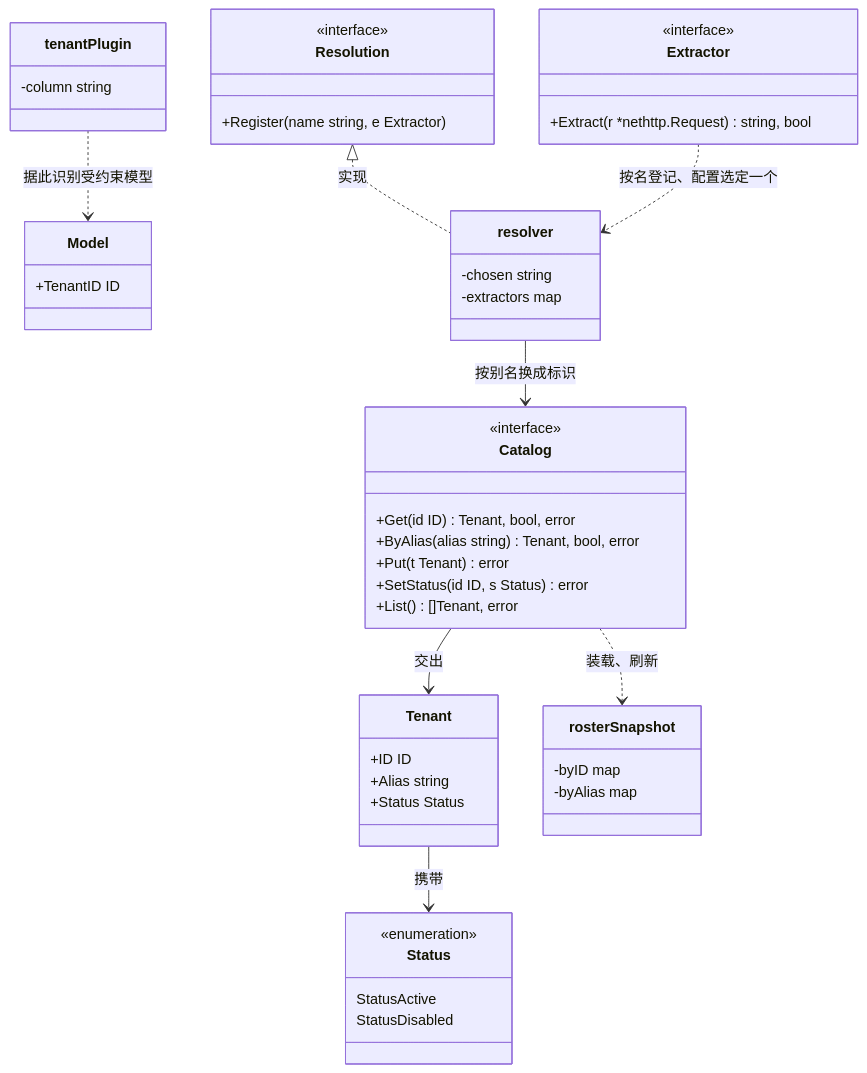
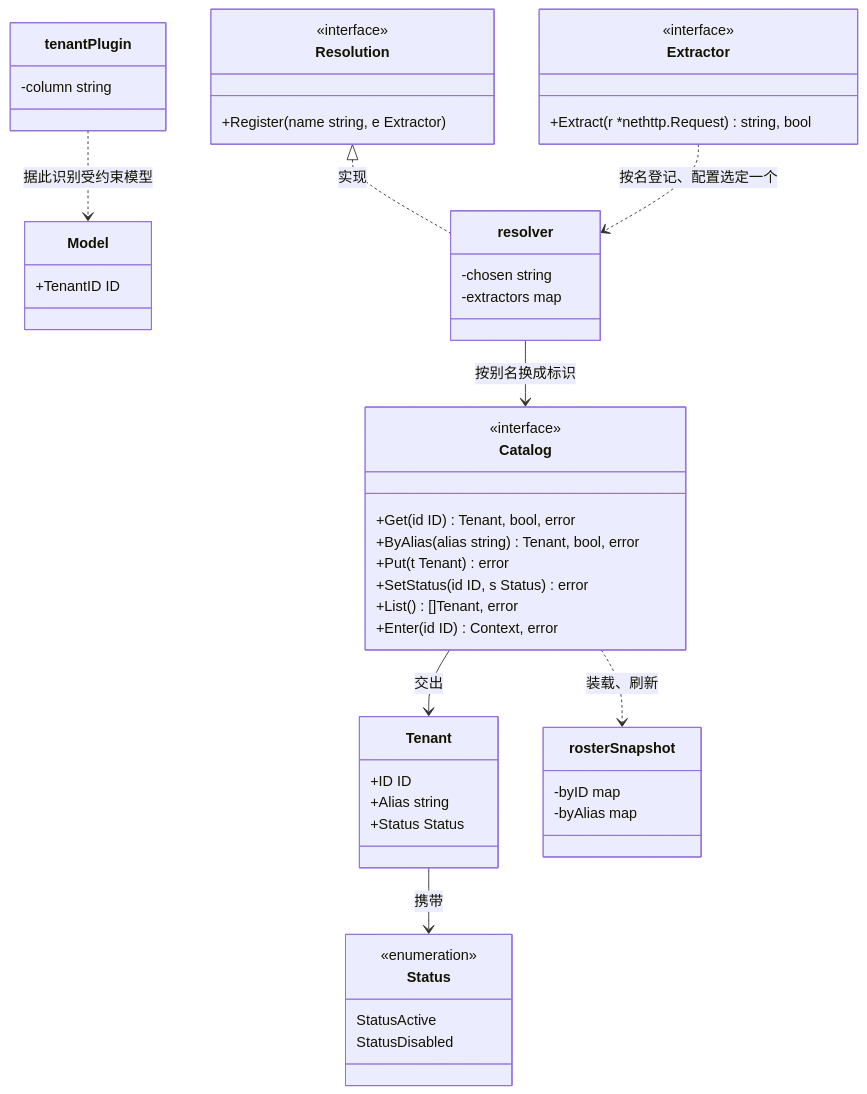
Before and after one commit to wangzw/speed: the first of 4 diagrams in docs/design/modules/design-tenant.md, drawn with Mermaid. The commit also changed other lines of this file and 13 other files, not shown here.

````diff
--- a/docs/design/modules/design-tenant.md
+++ b/docs/design/modules/design-tenant.md
@@ -283,50 +302,51 @@
 ```mermaid
 classDiagram
     class Resolution {
         <<interface>>
         +Register(name string, e Extractor)
     }
     class Catalog {
         <<interface>>
         +Get(id ID) Tenant, bool, error
         +ByAlias(alias string) Tenant, bool, error
         +Put(t Tenant) error
         +SetStatus(id ID, s Status) error
         +List() []Tenant, error
+        +Enter(id ID) Context, error
     }
     class Extractor {
         <<interface>>
         +Extract(r *nethttp.Request) string, bool
     }
     class Tenant {
         +ID ID
         +Alias string
         +Status Status
     }
     class Status {
         <<enumeration>>
         StatusActive
         StatusDisabled
     }
     class Model {
         +TenantID ID
     }
     class rosterSnapshot {
         -byID map
         -byAlias map
     }
     class resolver {
         -chosen string
         -extractors map
     }
     class tenantPlugin {
         -column string
     }
     Resolution <|.. resolver : 实现
     Extractor ..> resolver : 按名登记、配置选定一个
     resolver --> Catalog : 按别名换成标识
     Catalog --> Tenant : 交出
     Tenant --> Status : 携带
     Catalog ..> rosterSnapshot : 装载、刷新
     tenantPlugin ..> Model : 据此识别受约束模型
 ```
````
